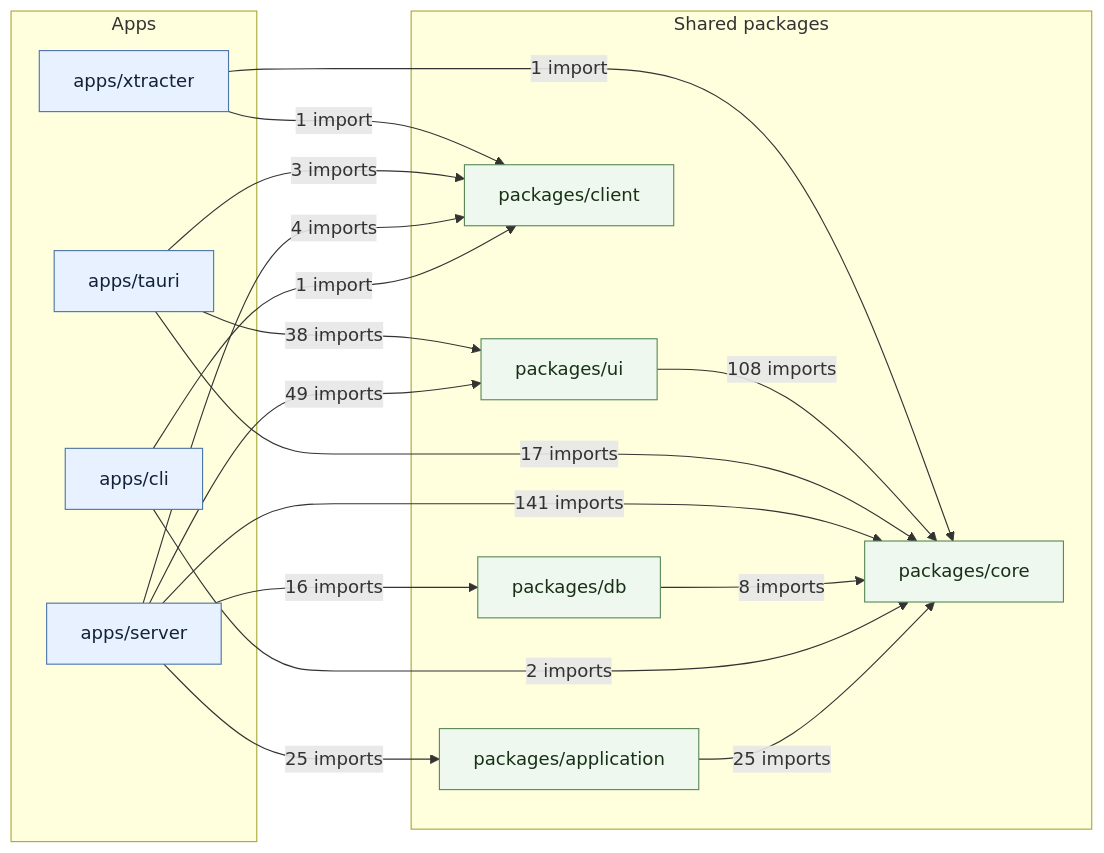
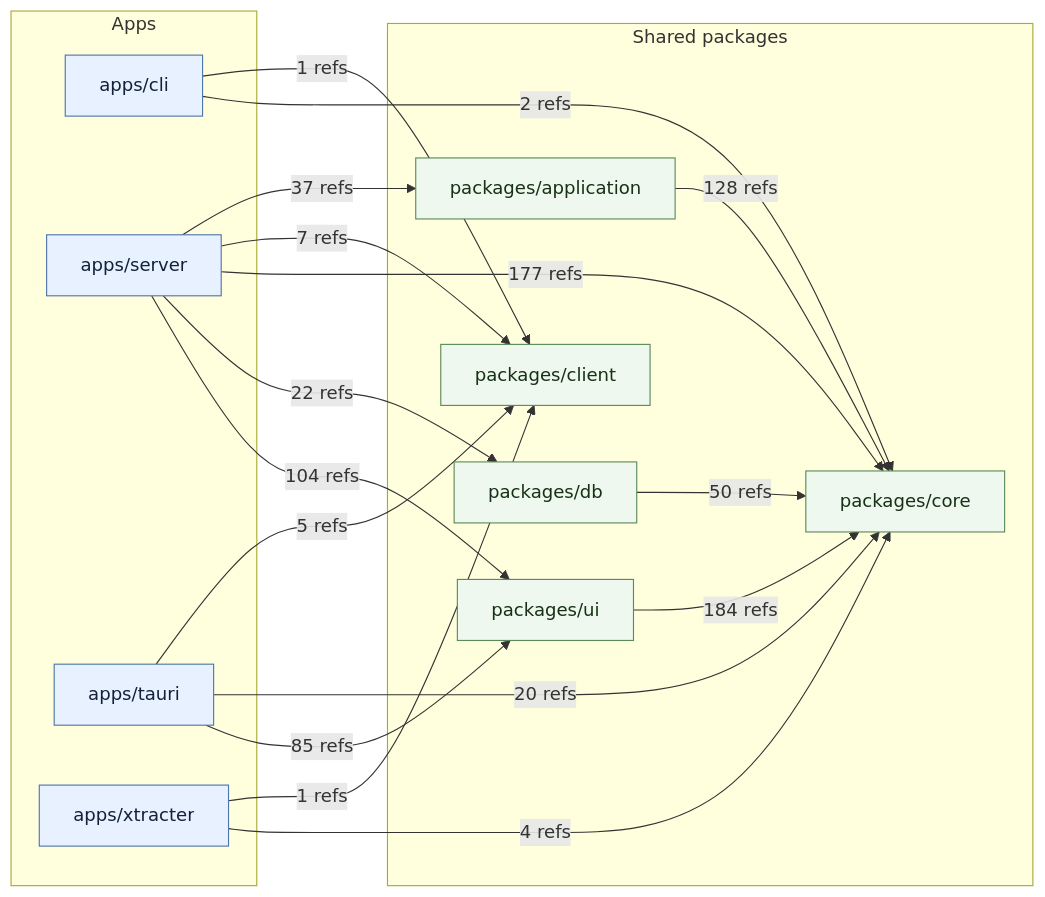
The diagram in docs/architecture/package-dependency-graph.md (hmjn023/solid-imager), drawn with Mermaid before and after one commit. The commit also changed other lines of this file and 26 other files, not shown here.

Commit message:
refactor: resolve dependency boundary issues and refresh architecture maps

````diff
--- a/docs/architecture/package-dependency-graph.md
+++ b/docs/architecture/package-dependency-graph.md
@@ -5,42 +7,35 @@
 ```mermaid
 flowchart LR
-  %% Aggregated from indexion's source dependency graph.
-  %% Scope: apps/{cli,server,tauri,xtracter}/src and packages/{application,client,core,db,ui}/src.
-  %% Edge labels are the number of import edges detected by indexion.
-
   subgraph apps["Apps"]
     cli["apps/cli"]
     server["apps/server"]
     tauri["apps/tauri"]
     xtracter["apps/xtracter"]
   end
-
   subgraph packages["Shared packages"]
     application["packages/application"]
     client["packages/client"]
     core["packages/core"]
     db["packages/db"]
     ui["packages/ui"]
   end
-
-  application -->|25 imports| core
-  cli -->|1 import| client
-  cli -->|2 imports| core
-  db -->|8 imports| core
-  server -->|25 imports| application
-  server -->|4 imports| client
-  server -->|141 imports| core
-  server -->|16 imports| db
-  server -->|49 imports| ui
-  tauri -->|3 imports| client
-  tauri -->|17 imports| core
-  tauri -->|38 imports| ui
-  ui -->|108 imports| core
-  xtracter -->|1 import| client
-  xtracter -->|1 import| core
-
+  cli -->|1 refs| client
+  cli -->|2 refs| core
+  server -->|37 refs| application
+  server -->|7 refs| client
+  server -->|177 refs| core
+  server -->|22 refs| db
+  server -->|104 refs| ui
+  tauri -->|5 refs| client
+  tauri -->|20 refs| core
+  tauri -->|85 refs| ui
+  xtracter -->|1 refs| client
+  xtracter -->|4 refs| core
+  application -->|128 refs| core
+  db -->|50 refs| core
+  ui -->|184 refs| core
   classDef app fill:#e8f1ff,stroke:#4f76a8,color:#132238;
   classDef pkg fill:#eef8ee,stroke:#5b8a5a,color:#173117;
   class cli,server,tauri,xtracter app;
   class application,client,core,db,ui pkg;
 ```
````
